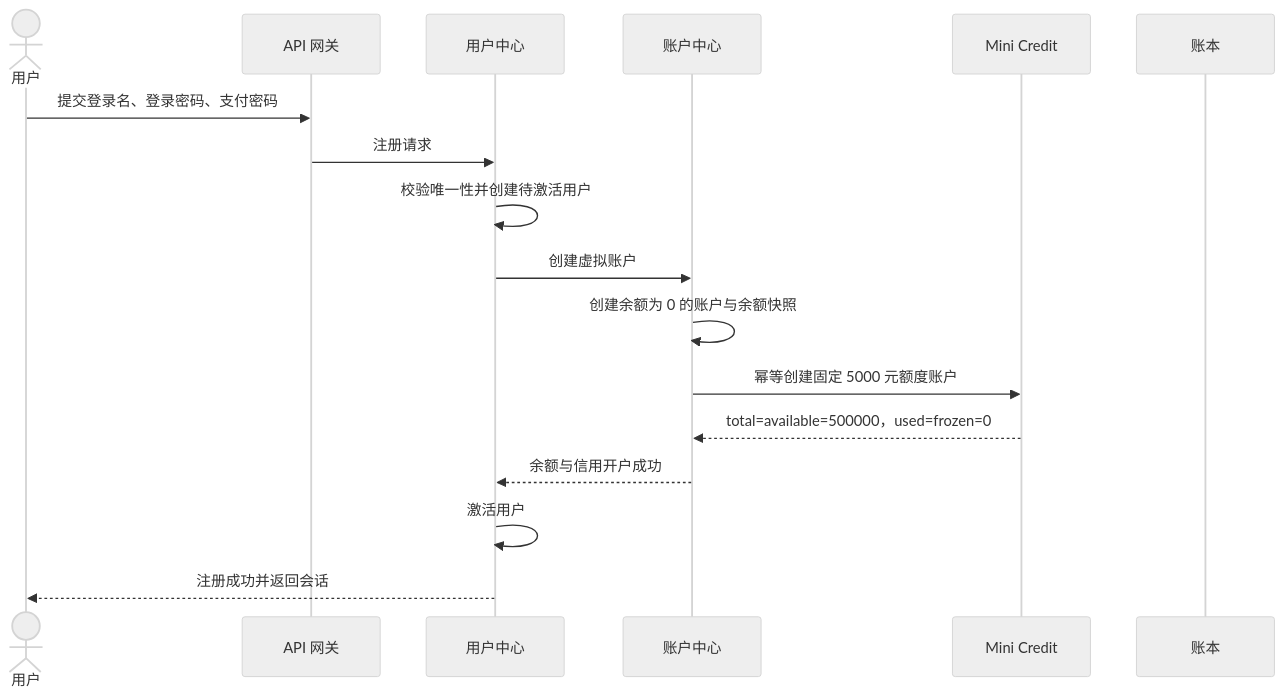
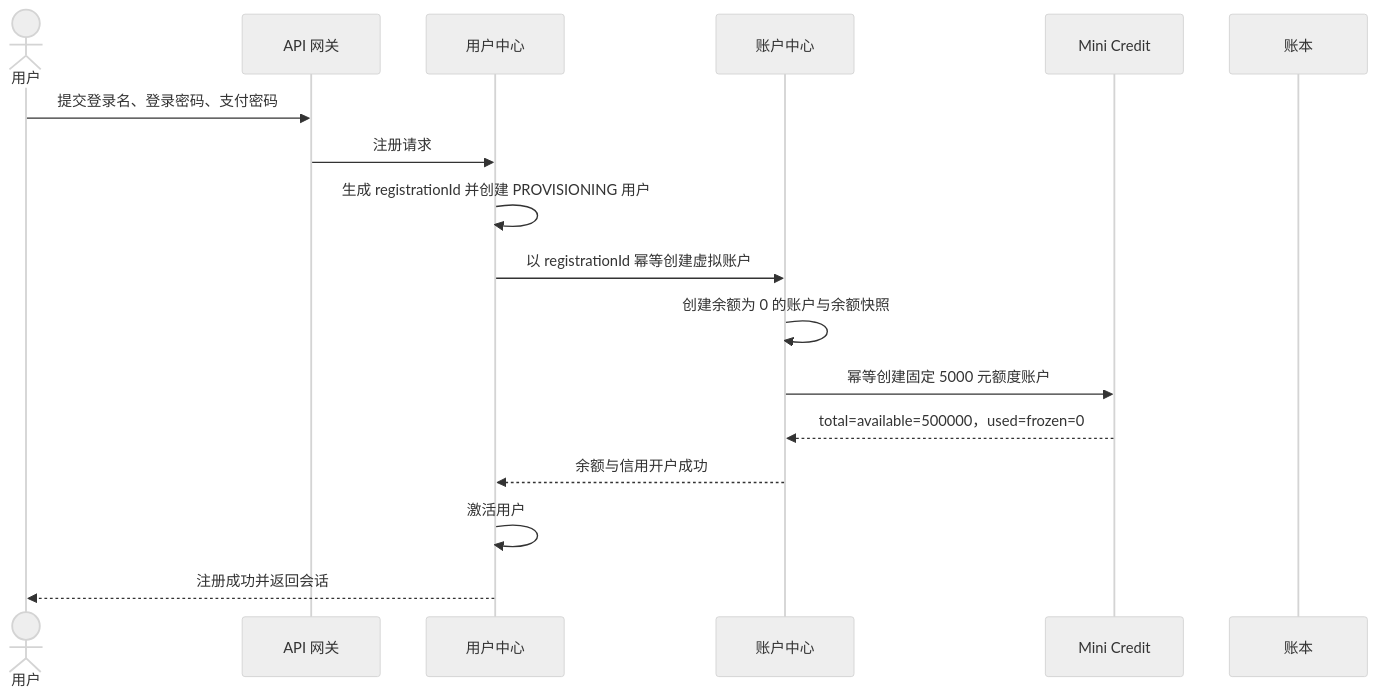
The tenth of 32 diagrams in docs/minialalipay/minialalipay-system-analysis.md (JN6565/MiniAlalipay), drawn with Mermaid (neutral theme) before and after one commit. The commit also changed other lines of this file and 2 other files, not shown here.

Commit message:
docs(architecture): 明确总体事实来源并精简后端系分

````diff
--- a/docs/minialalipay/minialalipay-system-analysis.md
+++ b/docs/minialalipay/minialalipay-system-analysis.md
@@ -1082,20 +1101,20 @@
 ```mermaid
 sequenceDiagram
     actor U as 用户
     participant G as API 网关
     participant UC as 用户中心
     participant AC as 账户中心
     participant CR as Mini Credit
     participant L as 账本
 
     U->>G: 提交登录名、登录密码、支付密码
     G->>UC: 注册请求
-    UC->>UC: 校验唯一性并创建待激活用户
-    UC->>AC: 创建虚拟账户
+    UC->>UC: 生成 registrationId 并创建 PROVISIONING 用户
+    UC->>AC: 以 registrationId 幂等创建虚拟账户
     AC->>AC: 创建余额为 0 的账户与余额快照
     AC->>CR: 幂等创建固定 5000 元额度账户
     CR-->>AC: total=available=500000，used=frozen=0
     AC-->>UC: 余额与信用开户成功
     UC->>UC: 激活用户
     UC-->>U: 注册成功并返回会话
 ```
````
